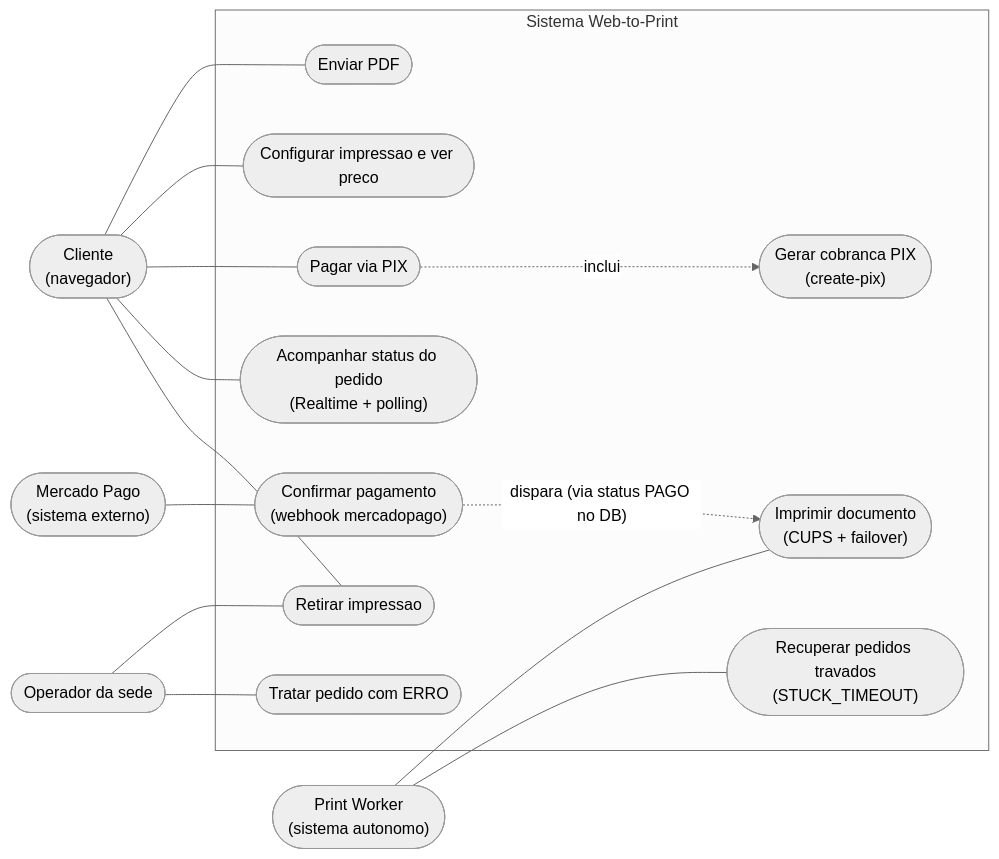
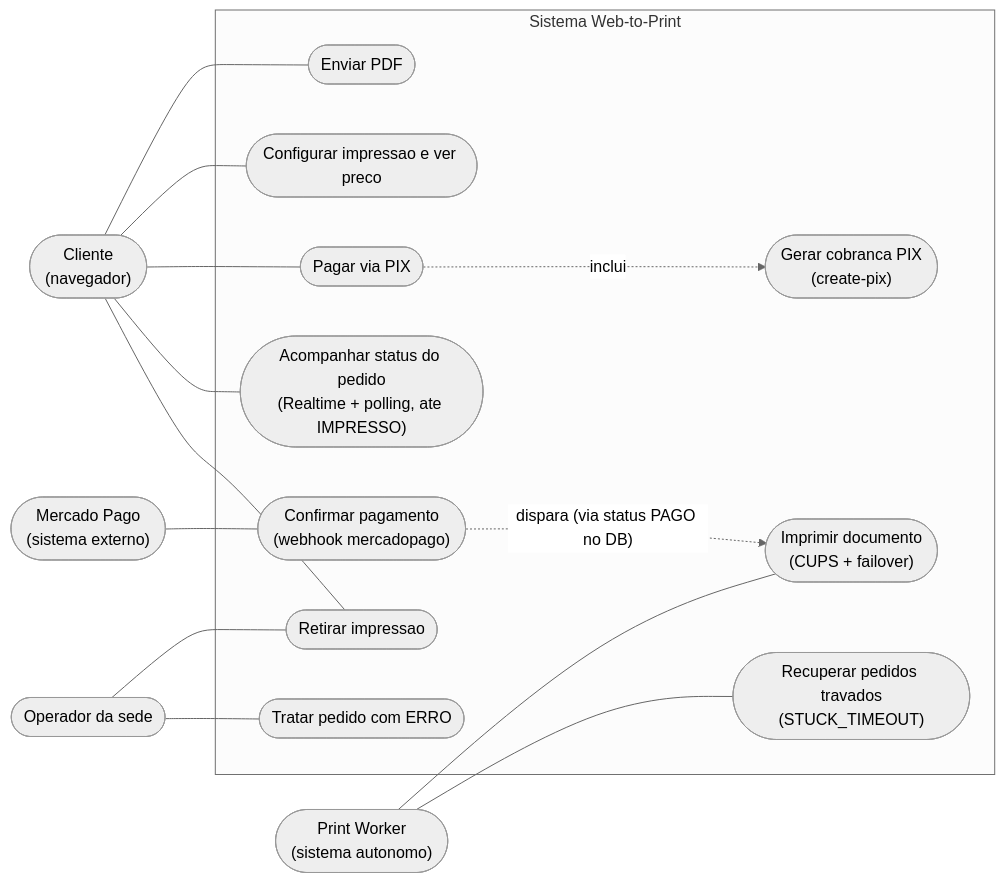
One commit to FelipeFreire-gf/webTitansFork changed the third of 4 diagrams in docs/web-to-print/09-diagramas.md. Above: the diagram before and after it, drawn with Mermaid (neutral theme). The commit also changed other lines of this file and 18 other files, not shown here.

````diff
--- a/docs/web-to-print/09-diagramas.md
+++ b/docs/web-to-print/09-diagramas.md
@@ -163,33 +163,33 @@
 ```mermaid
 flowchart LR
   Cliente(["Cliente<br/>(navegador)"])
   Operador(["Operador da sede"])
   MP(["Mercado Pago<br/>(sistema externo)"])
   Worker(["Print Worker<br/>(sistema autonomo)"])
 
   subgraph Sistema["Sistema Web-to-Print"]
     UC1(["Enviar PDF"])
     UC2(["Configurar impressao e ver preco"])
     UC3(["Pagar via PIX"])
-    UC4(["Acompanhar status do pedido<br/>(Realtime + polling)"])
+    UC4(["Acompanhar status do pedido<br/>(Realtime + polling, ate IMPRESSO)"])
     UC5(["Gerar cobranca PIX<br/>(create-pix)"])
     UC6(["Confirmar pagamento<br/>(webhook mercadopago)"])
     UC7(["Imprimir documento<br/>(CUPS + failover)"])
     UC8(["Recuperar pedidos travados<br/>(STUCK_TIMEOUT)"])
     UC9(["Retirar impressao"])
     UC10(["Tratar pedido com ERRO"])
   end
 
   Cliente --- UC1
   Cliente --- UC2
   Cliente --- UC3
   Cliente --- UC4
   Cliente --- UC9
   Operador --- UC9
   Operador --- UC10
   MP --- UC6
   Worker --- UC7
   Worker --- UC8
   UC3 -.->|"inclui"| UC5
   UC6 -.->|"dispara (via status PAGO no DB)"| UC7
 ```
````
